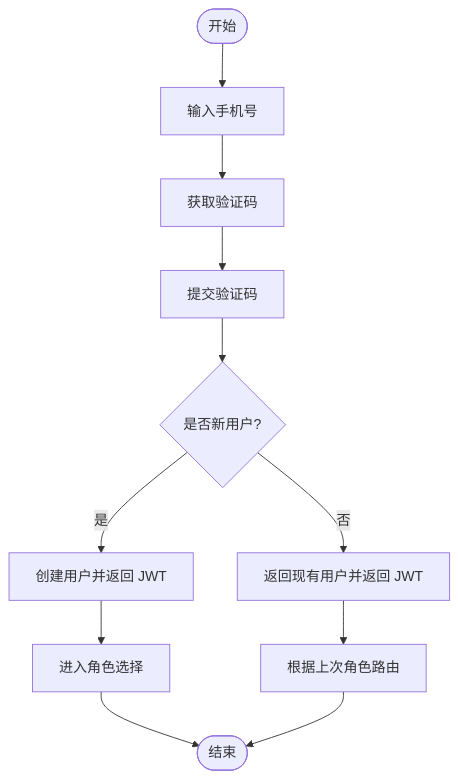
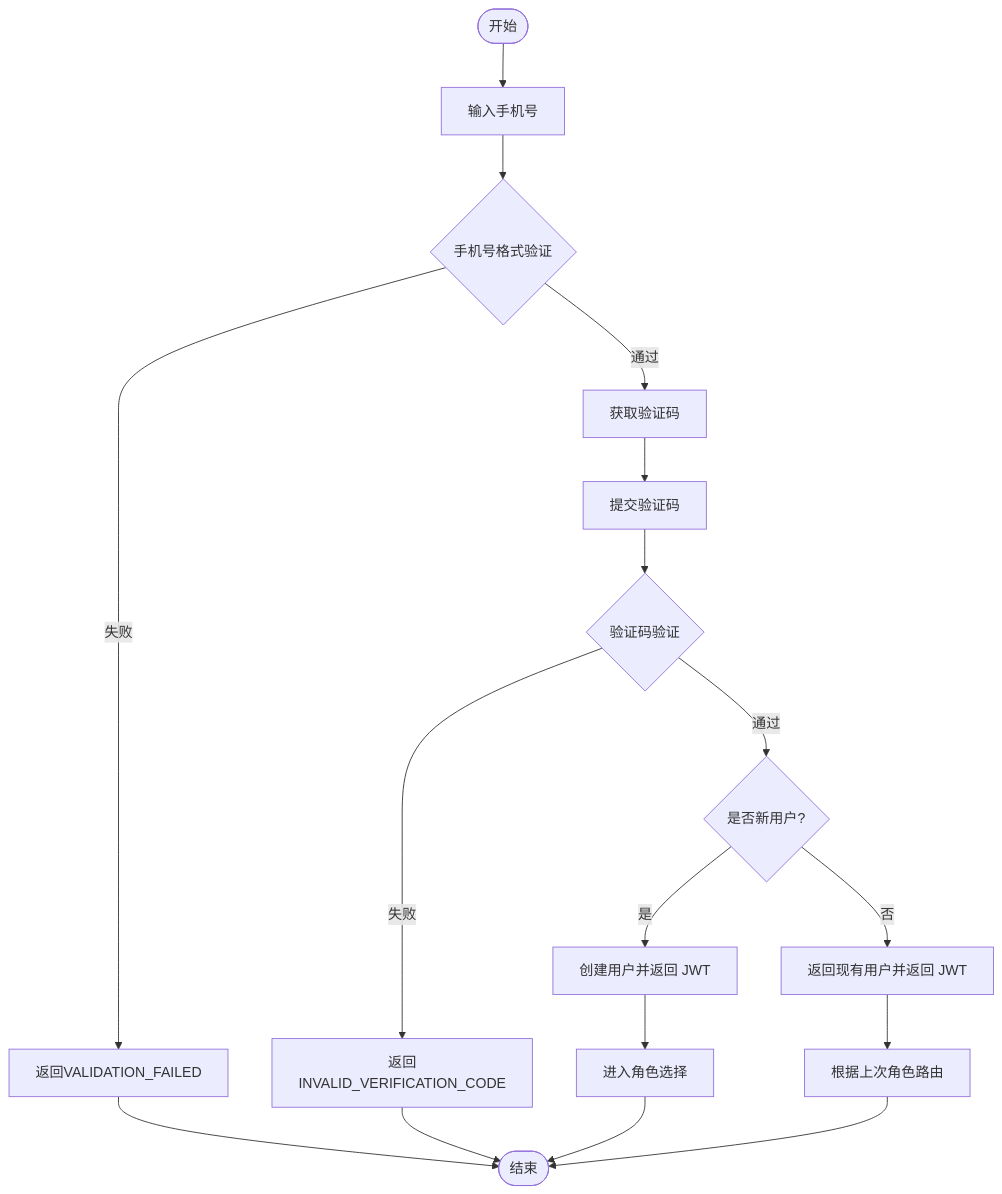
One commit to Jayden23018/blind-run-ios changed the third of 11 diagrams in .qoder/repowiki/zh/content/核心功能模块/认证系统.md. Above: the diagram before and after it, drawn with Mermaid. The commit also changed other lines of this file and 21 other files, not shown here.

````diff
--- a/.qoder/repowiki/zh/content/核心功能模块/认证系统.md
+++ b/.qoder/repowiki/zh/content/核心功能模块/认证系统.md
@@ -185,13 +174,19 @@
 ```mermaid
 flowchart TD
 Start(["开始"]) --> InputPhone["输入手机号"]
-InputPhone --> SendCode["获取验证码"]
+InputPhone --> ValidatePhone{"手机号格式验证"}
+ValidatePhone --> |通过| SendCode["获取验证码"]
+ValidatePhone --> |失败| ValidationError["返回VALIDATION_FAILED"]
 SendCode --> VerifyCode["提交验证码"]
-VerifyCode --> IsNew{"是否新用户?"}
+VerifyCode --> ValidateCode{"验证码验证"}
+ValidateCode --> |通过| IsNew{"是否新用户?"}
+ValidateCode --> |失败| InvalidCode["返回INVALID_VERIFICATION_CODE"]
 IsNew --> |是| CreateUser["创建用户并返回 JWT"]
 IsNew --> |否| ReturnUser["返回现有用户并返回 JWT"]
 CreateUser --> RoleSelect["进入角色选择"]
 ReturnUser --> AutoRoute["根据上次角色路由"]
-RoleSelect --> End(["结束"])
+ValidationError --> End(["结束"])
+InvalidCode --> End
+RoleSelect --> End
 AutoRoute --> End
 ```
````
